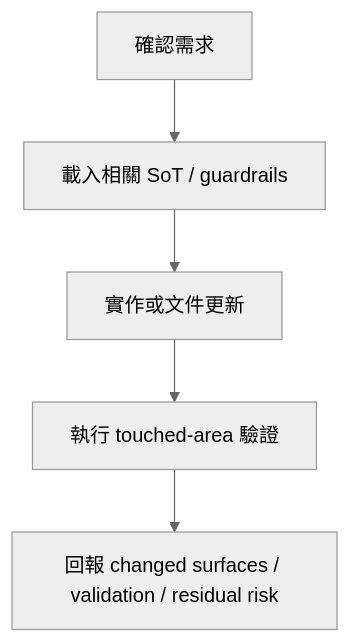
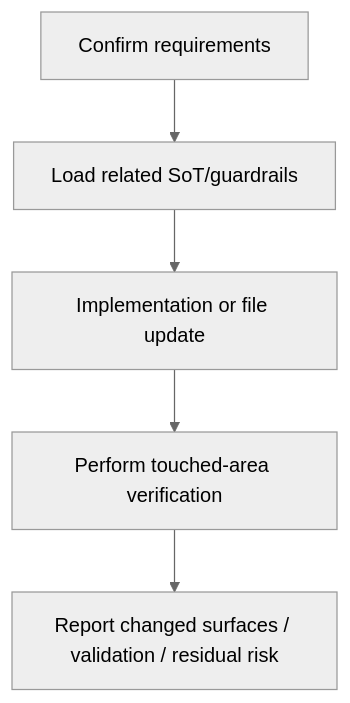
Before and after one commit to arfiligol/superconducting-circuits-research-workbench: the diagram in docs/contribute/contributing/codex-agent-workflow.mdx, drawn with Mermaid (neutral theme). The commit also changed other lines of this file and 272 other files, not shown here.

````diff
--- a/docs/contribute/contributing/codex-agent-workflow.mdx
+++ b/docs/contribute/contributing/codex-agent-workflow.mdx
@@ -51,7 +51,7 @@
 ```mermaid
 flowchart TD
-    A["確認需求"] --> B["載入相關 SoT / guardrails"]
-    B --> C["實作或文件更新"]
-    C --> D["執行 touched-area 驗證"]
-    D --> E["回報 changed surfaces / validation / residual risk"]
+A["Confirm requirements"] --> B["Load related SoT/guardrails"]
+B --> C["Implementation or file update"]
+C --> D["Perform touched-area verification"]
+D --> E["Report changed surfaces / validation / residual risk"]
 ```
````
